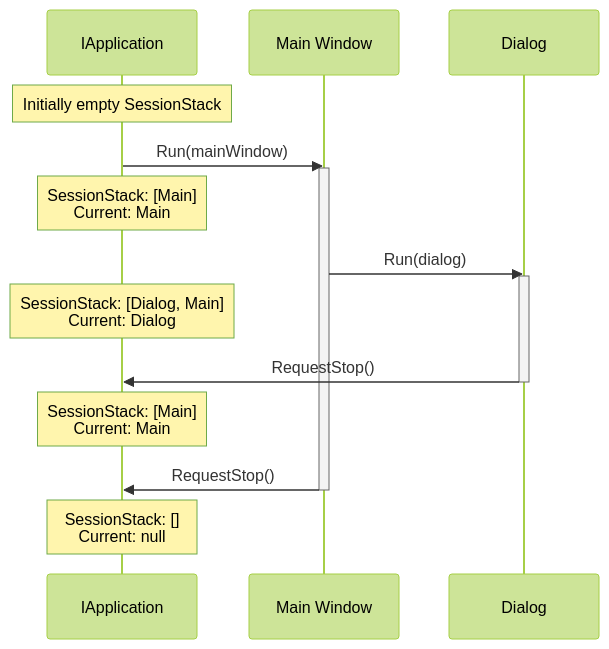
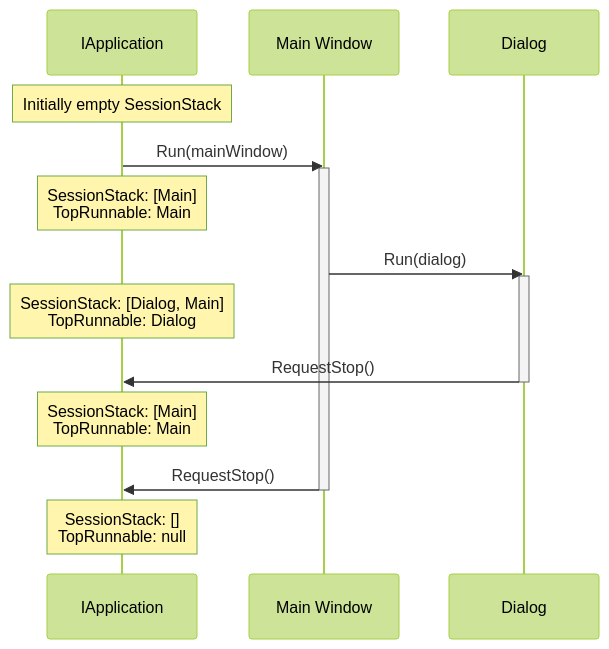
One commit to gui-cs/Terminal.Gui changed the second of 2 diagrams in docfx/docs/application.md. Above: the diagram before and after it, drawn with Mermaid (forest theme). The commit also changed other lines of this file and 7 other files, not shown here.

````diff
--- a/docfx/docs/application.md
+++ b/docfx/docs/application.md
@@ -52,24 +52,24 @@
 ```mermaid
 sequenceDiagram
     participant App as IApplication
     participant Main as Main Window
     participant Dialog as Dialog
     
     Note over App: Initially empty SessionStack
     
     App->>Main: Run(mainWindow)
     activate Main
-    Note over App: SessionStack: [Main]<br/>Current: Main
+    Note over App: SessionStack: [Main]<br/>TopRunnable: Main
     
     Main->>Dialog: Run(dialog)
     activate Dialog
-    Note over App: SessionStack: [Dialog, Main]<br/>Current: Dialog
+    Note over App: SessionStack: [Dialog, Main]<br/>TopRunnable: Dialog
     
     Dialog->>App: RequestStop()
     deactivate Dialog
-    Note over App: SessionStack: [Main]<br/>Current: Main
+    Note over App: SessionStack: [Main]<br/>TopRunnable: Main
     
     Main->>App: RequestStop()
     deactivate Main
-    Note over App: SessionStack: []<br/>Current: null
+    Note over App: SessionStack: []<br/>TopRunnable: null
 ```
````
